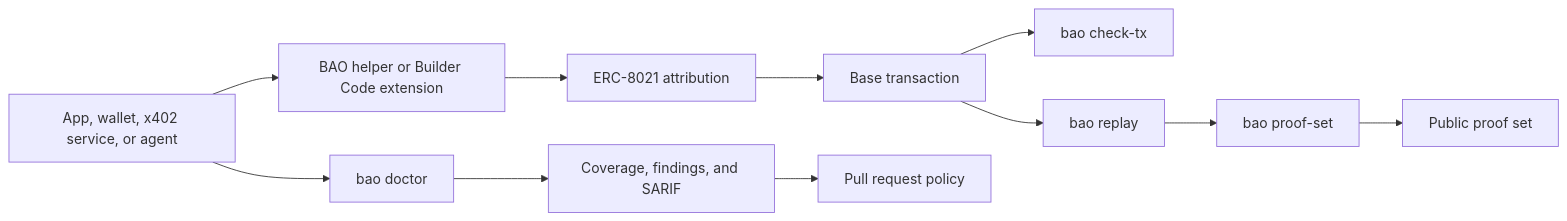
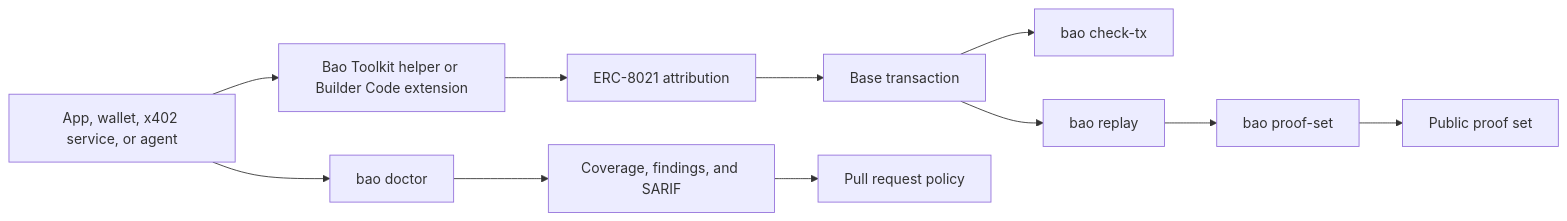
Before and after one commit to horn111/bao-toolkit: the diagram in README.md, drawn with Mermaid. The commit also changed other lines of this file and 25 other files, not shown here.

Commit message:
fix(site): use Bao Toolkit branding and remove meteor aim arrows (#26)

````diff
--- a/README.md
+++ b/README.md
@@ -25,13 +25,13 @@
 ```mermaid
 flowchart LR
-  A["App, wallet, x402 service, or agent"] --> B["BAO helper or Builder Code extension"]
+  A["App, wallet, x402 service, or agent"] --> B["Bao Toolkit helper or Builder Code extension"]
   B --> C["ERC-8021 attribution"]
   C --> D["Base transaction"]
   A --> E["bao doctor"]
   E --> F["Coverage, findings, and SARIF"]
   F --> G["Pull request policy"]
   D --> H["bao check-tx"]
   D --> I["bao replay"]
   I --> J["bao proof-set"]
   J --> K["Public proof set"]
 ```
````
